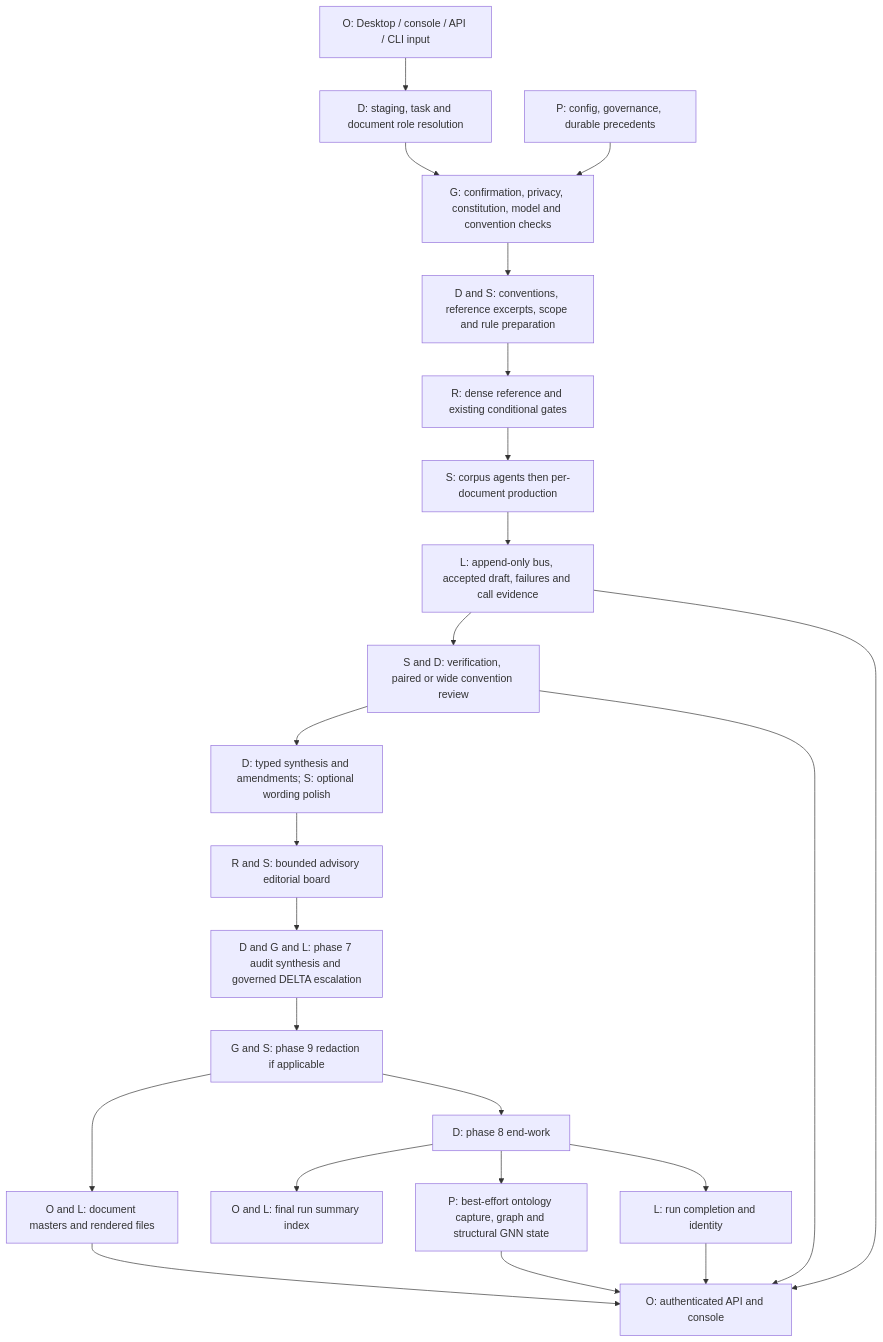
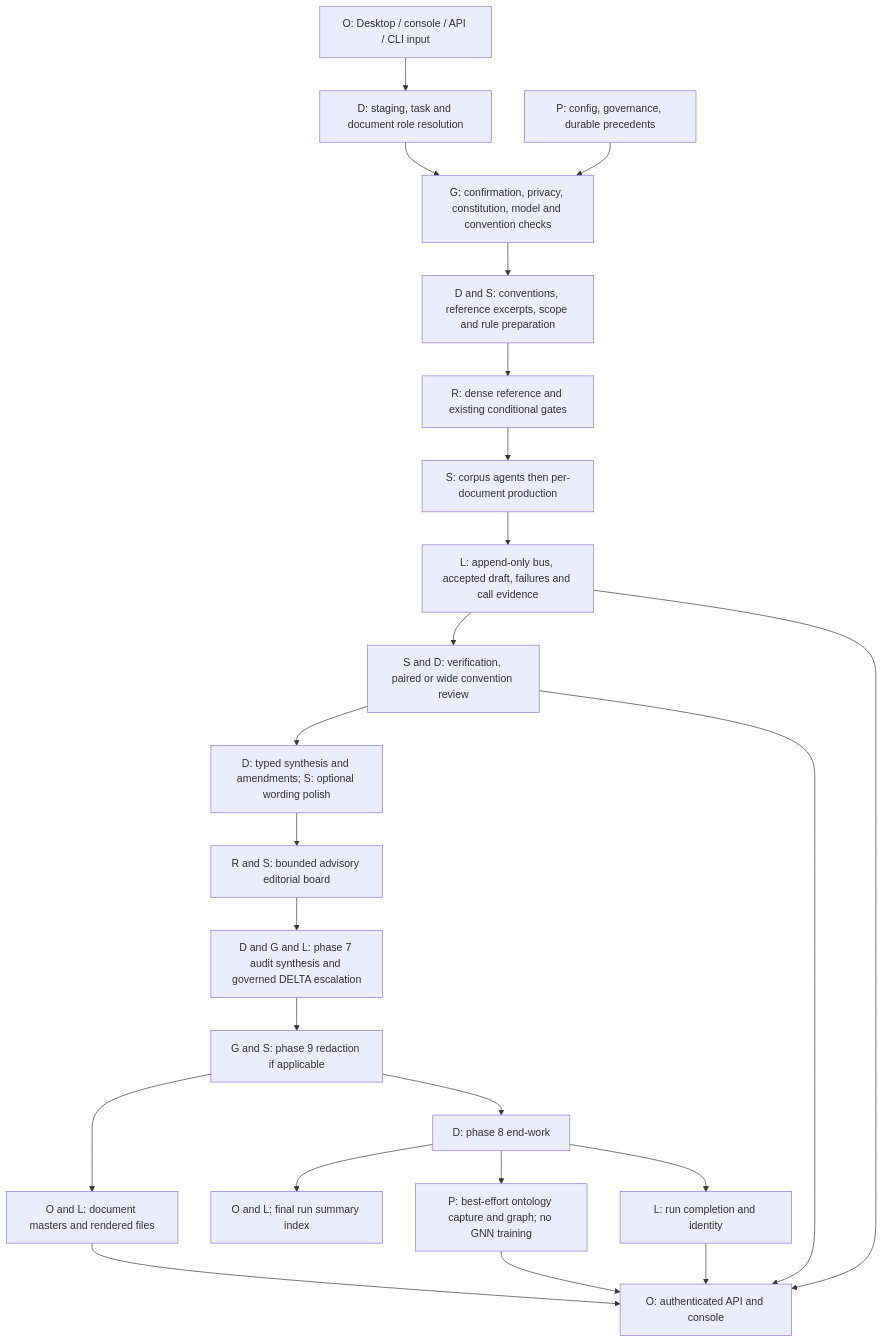
One commit to seckinozbek1/project-shimmer-deployment changed the diagram in docs/RUNTIME_REFERENCE.md. Above: the diagram before and after it, drawn with Mermaid. The commit also changed other lines of this file and 5 other files, not shown here.

````diff
--- a/docs/RUNTIME_REFERENCE.md
+++ b/docs/RUNTIME_REFERENCE.md
@@ -22,25 +22,25 @@
 ```mermaid
 flowchart TD
   A[O: Desktop / console / API / CLI input] --> B[D: staging, task and document role resolution]
   B --> C[G: confirmation, privacy, constitution, model and convention checks]
   P[P: config, governance, durable precedents] --> C
   C --> D[D and S: conventions, reference excerpts, scope and rule preparation]
   D --> E[R: dense reference and existing conditional gates]
   E --> F[S: corpus agents then per-document production]
   F --> H[L: append-only bus, accepted draft, failures and call evidence]
   H --> I[S and D: verification, paired or wide convention review]
   I --> J[D: typed synthesis and amendments; S: optional wording polish]
   J --> K[R and S: bounded advisory editorial board]
   K --> X[D and G and L: phase 7 audit synthesis and governed DELTA escalation]
   X --> M[G and S: phase 9 redaction if applicable]
   M --> N[O and L: document masters and rendered files]
   Q --> Z[O and L: final run summary index]
   M --> Q[D: phase 8 end-work]
-  Q --> T[P: best-effort ontology capture, graph and structural GNN state]
+  Q --> T[P: best-effort ontology capture and graph; no GNN training]
   Q --> U[L: run completion and identity]
   H --> V[O: authenticated API and console]
   I --> V
   N --> V
   U --> V
   T --> V
 ```
````
